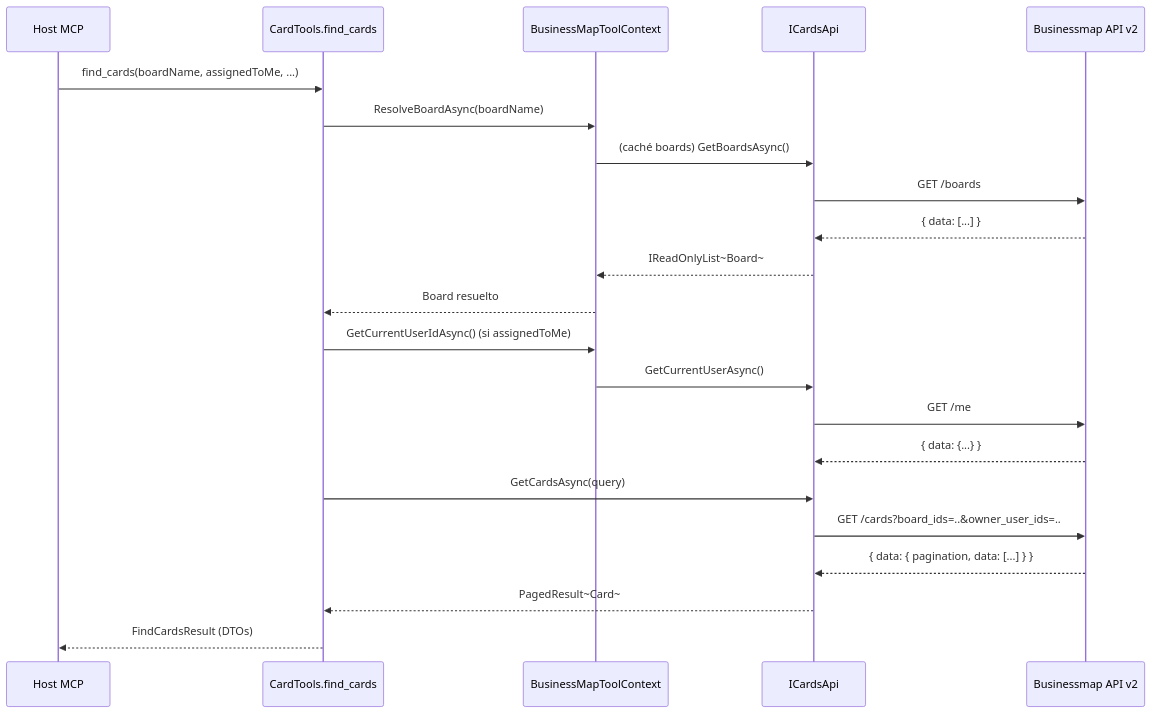
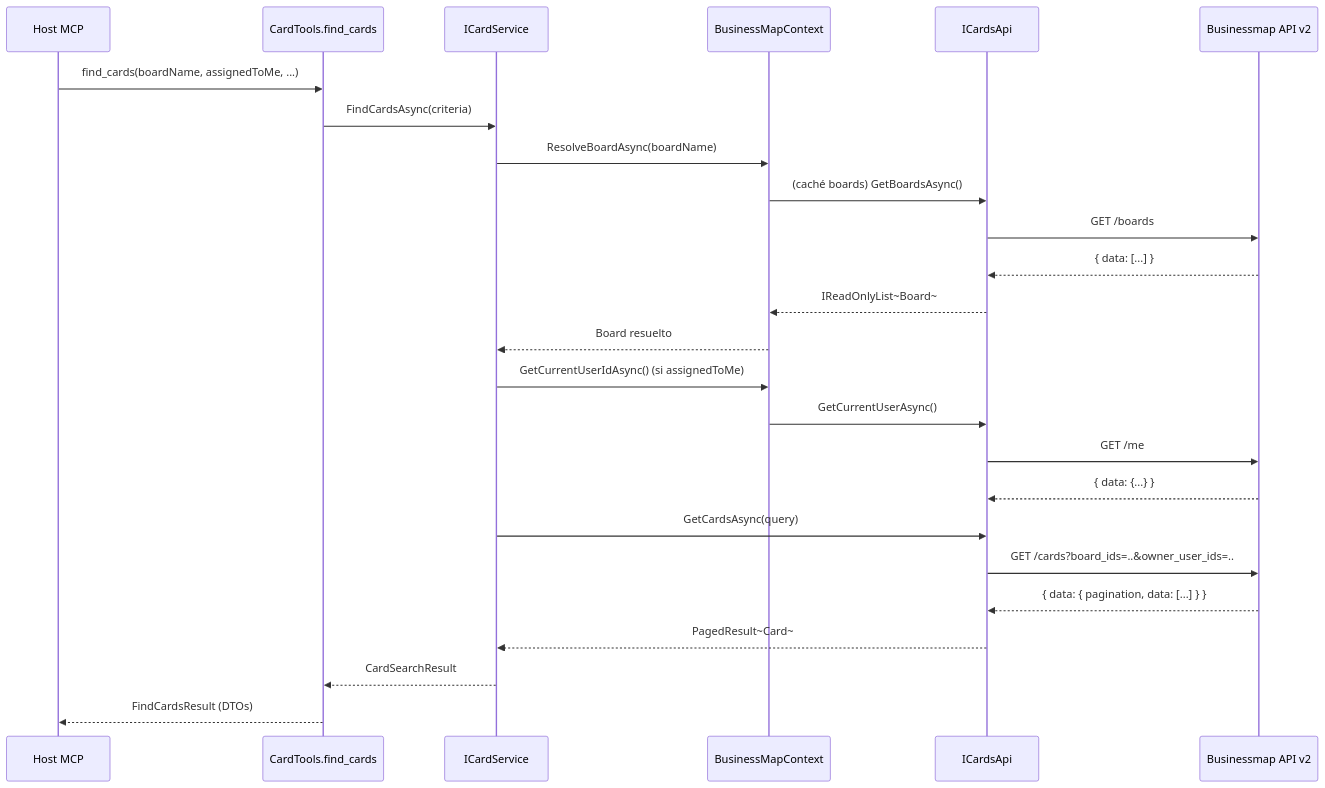
One commit to dpuntos/Businessmap-MCP-Server changed the fourth of 5 diagrams in README_es.md. Above: the diagram before and after it, drawn with Mermaid. The commit also changed other lines of this file and 30 other files, not shown here.

````diff
--- a/README_es.md
+++ b/README_es.md
@@ -488,25 +523,28 @@
 ```mermaid
 sequenceDiagram
 	participant Host as Host MCP
 	participant Tool as CardTools.find_cards
-	participant Ctx as BusinessMapToolContext
+	participant Svc as ICardService
+	participant Ctx as BusinessMapContext
 	participant Api as ICardsApi
 	participant BM as Businessmap API v2
 
 	Host->>Tool: find_cards(boardName, assignedToMe, ...)
-	Tool->>Ctx: ResolveBoardAsync(boardName)
+	Tool->>Svc: FindCardsAsync(criteria)
+	Svc->>Ctx: ResolveBoardAsync(boardName)
 	Ctx->>Api: (caché boards) GetBoardsAsync()
 	Api->>BM: GET /boards
 	BM-->>Api: { data: [...] }
 	Api-->>Ctx: IReadOnlyList~Board~
-	Ctx-->>Tool: Board resuelto
-	Tool->>Ctx: GetCurrentUserIdAsync() (si assignedToMe)
+	Ctx-->>Svc: Board resuelto
+	Svc->>Ctx: GetCurrentUserIdAsync() (si assignedToMe)
 	Ctx->>Api: GetCurrentUserAsync()
 	Api->>BM: GET /me
 	BM-->>Api: { data: {...} }
-	Tool->>Api: GetCardsAsync(query)
+	Svc->>Api: GetCardsAsync(query)
 	Api->>BM: GET /cards?board_ids=..&owner_user_ids=..
 	BM-->>Api: { data: { pagination, data: [...] } }
-	Api-->>Tool: PagedResult~Card~
+	Api-->>Svc: PagedResult~Card~
+	Svc-->>Tool: CardSearchResult
 	Tool-->>Host: FindCardsResult (DTOs)
 ```
````
